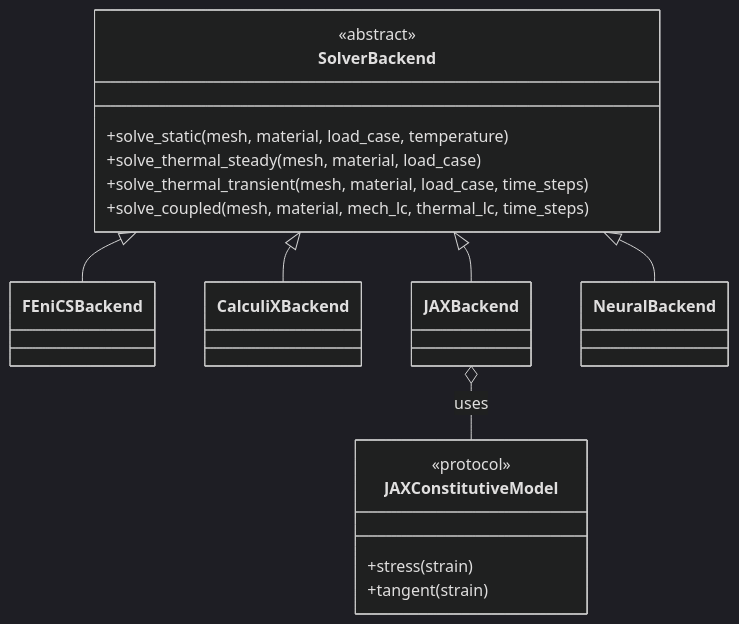
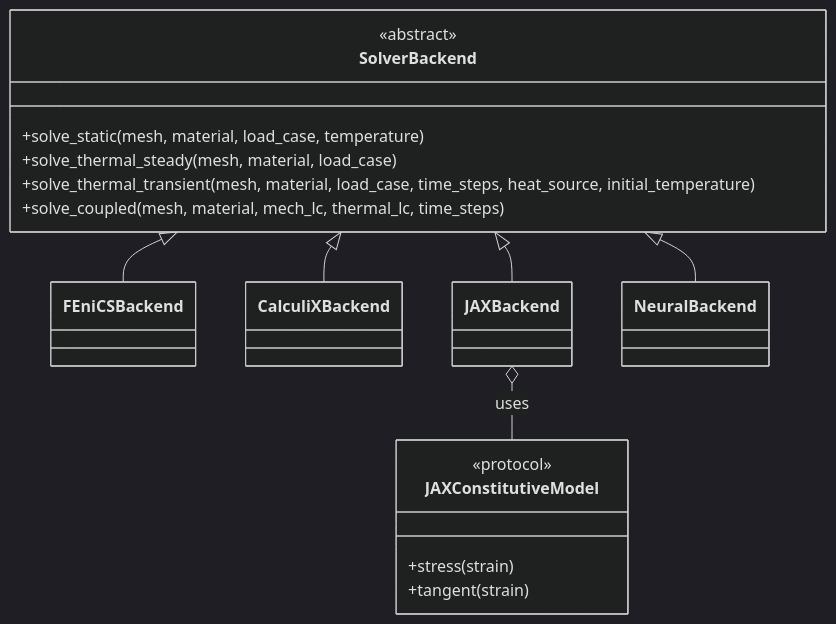
The sixth of 7 diagrams in README.md (sonoransun/feaweld), drawn with Mermaid (dark theme) before and after one commit. The commit also changed other lines of this file and 20 other files, not shown here.

````diff
--- a/README.md
+++ b/README.md
@@ -315,24 +432,24 @@
 ```mermaid
 classDiagram
     class SolverBackend {
         <<abstract>>
         +solve_static(mesh, material, load_case, temperature)
         +solve_thermal_steady(mesh, material, load_case)
-        +solve_thermal_transient(mesh, material, load_case, time_steps)
+        +solve_thermal_transient(mesh, material, load_case, time_steps, heat_source, initial_temperature)
         +solve_coupled(mesh, material, mech_lc, thermal_lc, time_steps)
     }
     class FEniCSBackend
     class CalculiXBackend
     class JAXBackend
     class NeuralBackend
     SolverBackend <|-- FEniCSBackend
     SolverBackend <|-- CalculiXBackend
     SolverBackend <|-- JAXBackend
     SolverBackend <|-- NeuralBackend
     class JAXConstitutiveModel {
         <<protocol>>
         +stress(strain)
         +tangent(strain)
     }
     JAXBackend o-- JAXConstitutiveModel : uses
 ```
````
